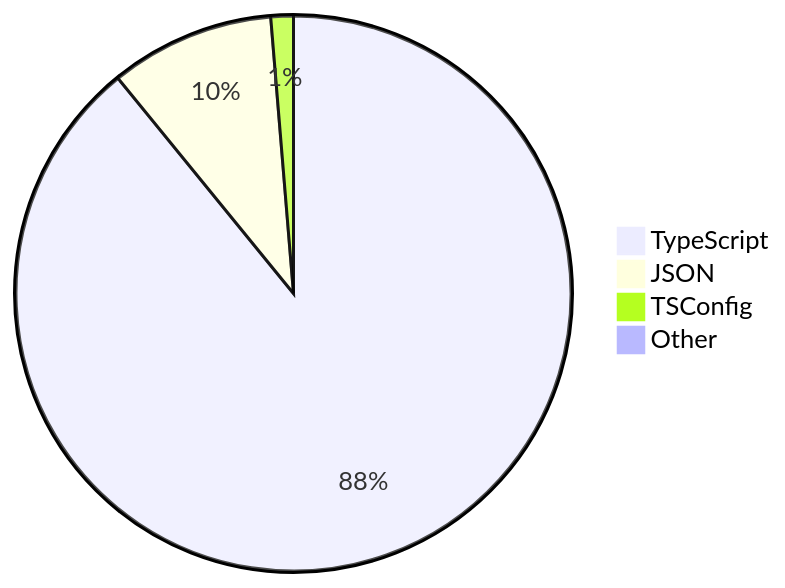
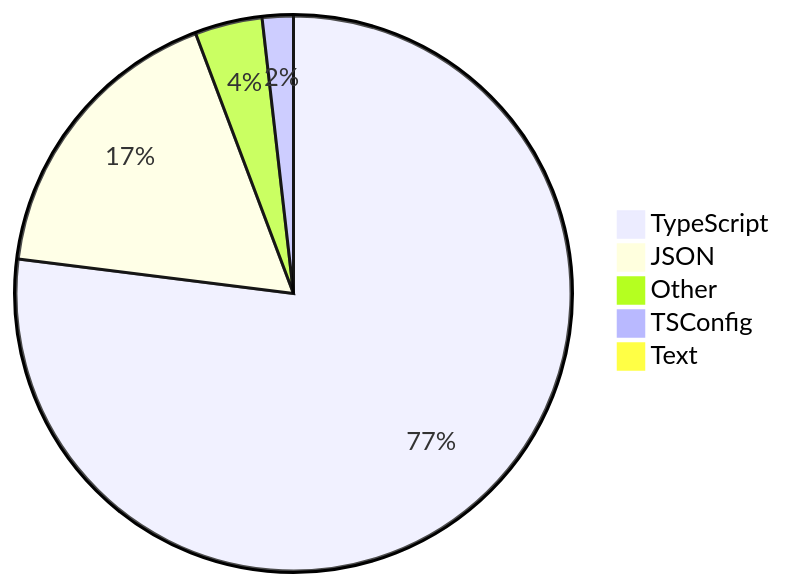
The diagram in README.md (skvggor/skvggor), drawn with Mermaid before and after one commit.

Commit message:
Updated waka-readme graph with new metrics

````diff
--- a/README.md
+++ b/README.md
@@ -28,7 +28,8 @@
 ```mermaid
 pie
-    "TypeScript" : 88.4
-    "JSON" : 9.5
-    "TSConfig" : 1.3
-    "Other" : 0.8
+    "TypeScript" : 76.6
+    "JSON" : 17.2
+    "Other" : 3.9
+    "TSConfig" : 1.8
+    "Text" : 0.5
 ```
````
